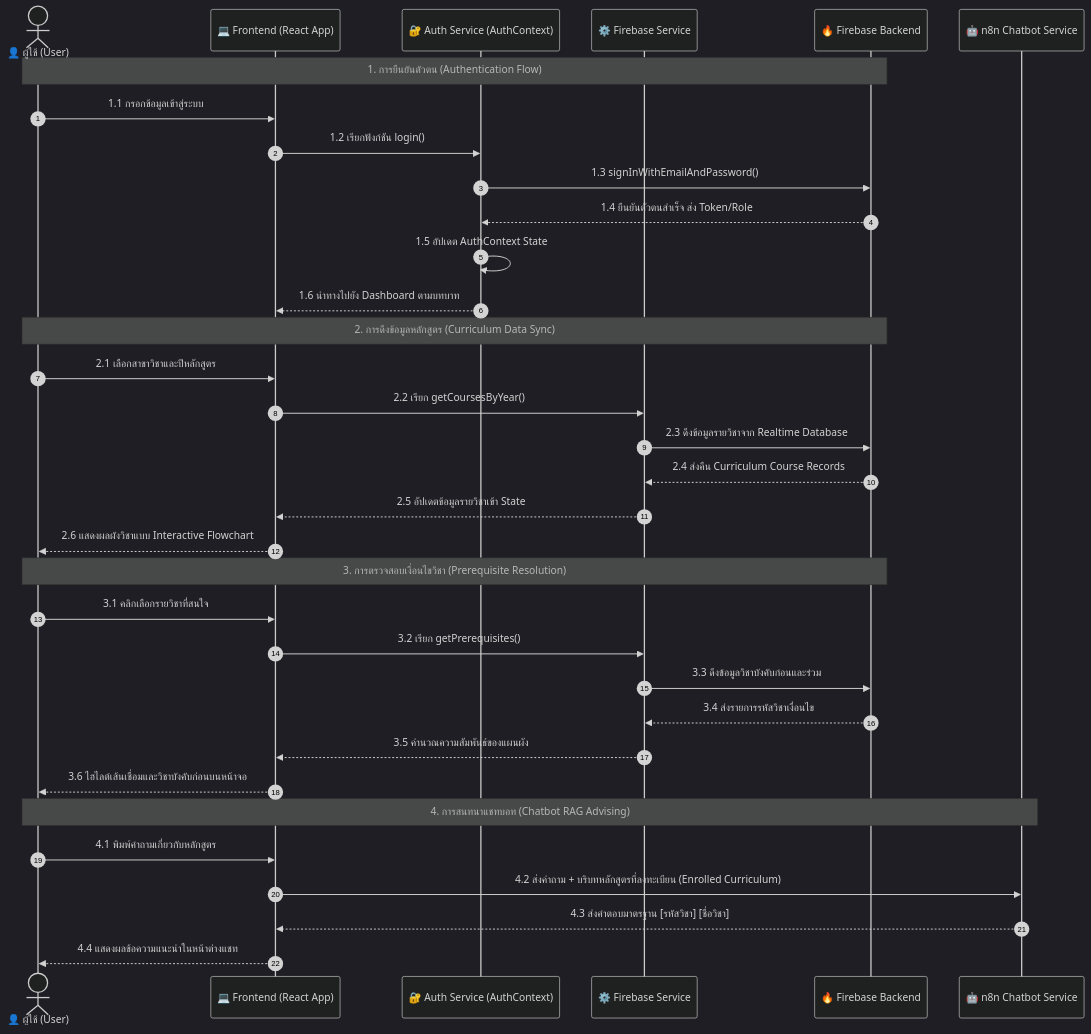
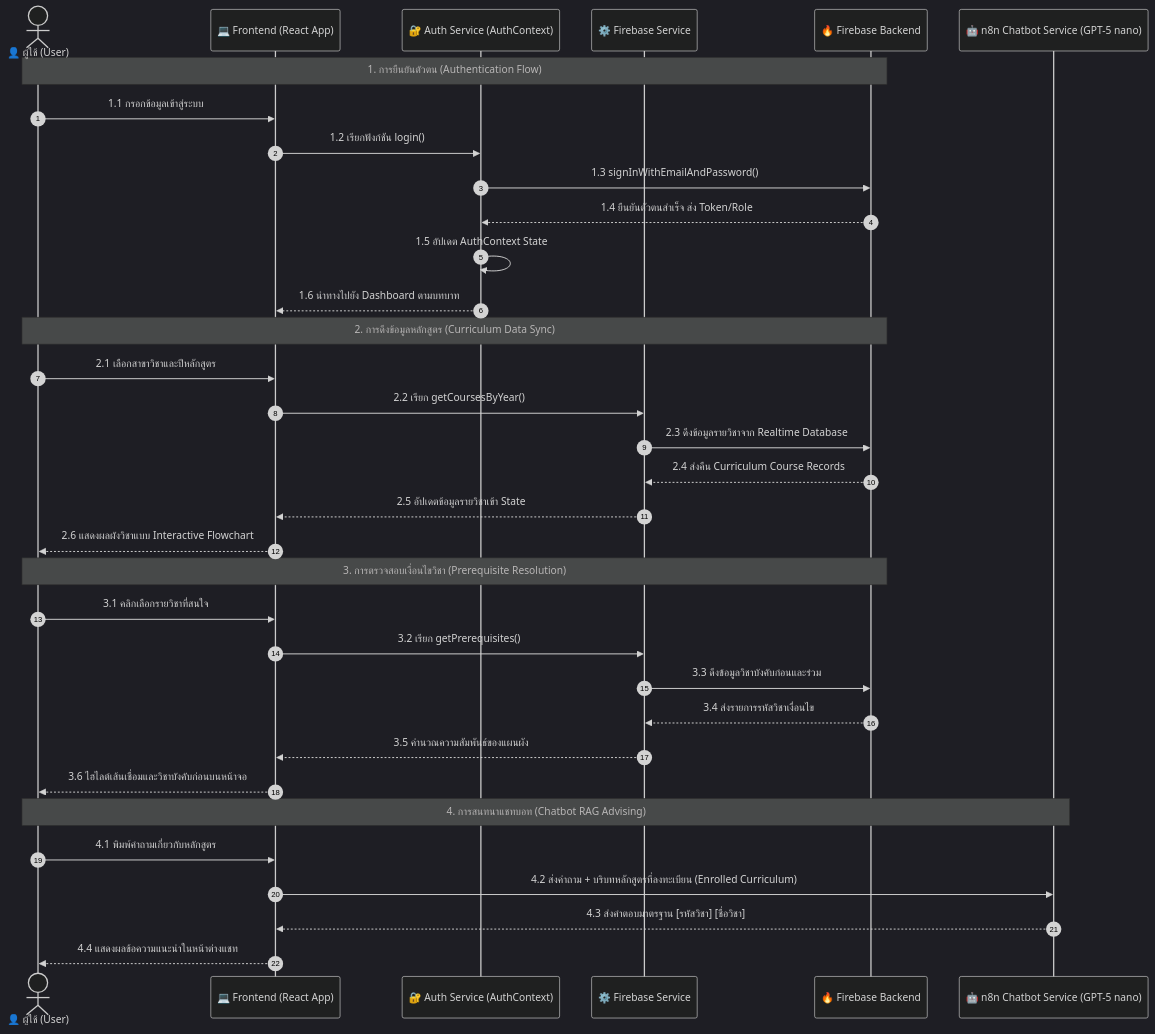
One commit to kainapatkmutnb/it-course-chatbot-main changed the fourth of 4 diagrams in README.md. Above: the diagram before and after it, drawn with Mermaid (dark theme). The commit also changed other lines of this file and 1 other file, not shown here.

Commit message:
docs: update AI model specification to GPT-5 nano across architecture and documentation

````diff
--- a/README.md
+++ b/README.md
@@ -232,44 +232,44 @@
 ```mermaid
 sequenceDiagram
     autonumber
     actor User as 👤 ผู้ใช้ (User)
     participant UI as 💻 Frontend (React App)
     participant Auth as 🔐 Auth Service (AuthContext)
     participant Svc as ⚙️ Firebase Service
     participant FB as 🔥 Firebase Backend
-    participant N8N as 🤖 n8n Chatbot Service
+    participant N8N as 🤖 n8n Chatbot Service (GPT-5 nano)
 
     %% Step 1: Login
     Note over User,FB: 1. การยืนยันตัวตน (Authentication Flow)
     User->>UI: 1.1 กรอกข้อมูลเข้าสู่ระบบ
     UI->>Auth: 1.2 เรียกฟังก์ชัน login()
     Auth->>FB: 1.3 signInWithEmailAndPassword()
     FB-->>Auth: 1.4 ยืนยันตัวตนสำเร็จ ส่ง Token/Role
     Auth->>Auth: 1.5 อัปเดต AuthContext State
     Auth-->>UI: 1.6 นำทางไปยัง Dashboard ตามบทบาท
 
     %% Step 2: Curriculum Display
     Note over User,FB: 2. การดึงข้อมูลหลักสูตร (Curriculum Data Sync)
     User->>UI: 2.1 เลือกสาขาวิชาและปีหลักสูตร
     UI->>Svc: 2.2 เรียก getCoursesByYear()
     Svc->>FB: 2.3 ดึงข้อมูลรายวิชาจาก Realtime Database
     FB-->>Svc: 2.4 ส่งคืน Curriculum Course Records
     Svc-->>UI: 2.5 อัปเดตข้อมูลรายวิชาเข้า State
     UI-->>User: 2.6 แสดงผลผังวิชาแบบ Interactive Flowchart
 
     %% Step 3: Prerequisites
     Note over User,FB: 3. การตรวจสอบเงื่อนไขวิชา (Prerequisite Resolution)
     User->>UI: 3.1 คลิกเลือกรายวิชาที่สนใจ
     UI->>Svc: 3.2 เรียก getPrerequisites()
     Svc->>FB: 3.3 ดึงข้อมูลวิชาบังคับก่อนและร่วม
     FB-->>Svc: 3.4 ส่งรายการรหัสวิชาเงื่อนไข
     Svc-->>UI: 3.5 คำนวณความสัมพันธ์ของแผนผัง
     UI-->>User: 3.6 ไฮไลต์เส้นเชื่อมและวิชาบังคับก่อนบนหน้าจอ
 
     %% Step 4: Chatbot Interaction
     Note over User,N8N: 4. การสนทนาแชทบอท (Chatbot RAG Advising)
     User->>UI: 4.1 พิมพ์คำถามเกี่ยวกับหลักสูตร
     UI->>N8N: 4.2 ส่งคำถาม + บริบทหลักสูตรที่ลงทะเบียน (Enrolled Curriculum)
     N8N-->>UI: 4.3 ส่งคำตอบมาตรฐาน [รหัสวิชา] [ชื่อวิชา]
     UI-->>User: 4.4 แสดงผลข้อความแนะนำในหน้าต่างแชท
 ```
````
